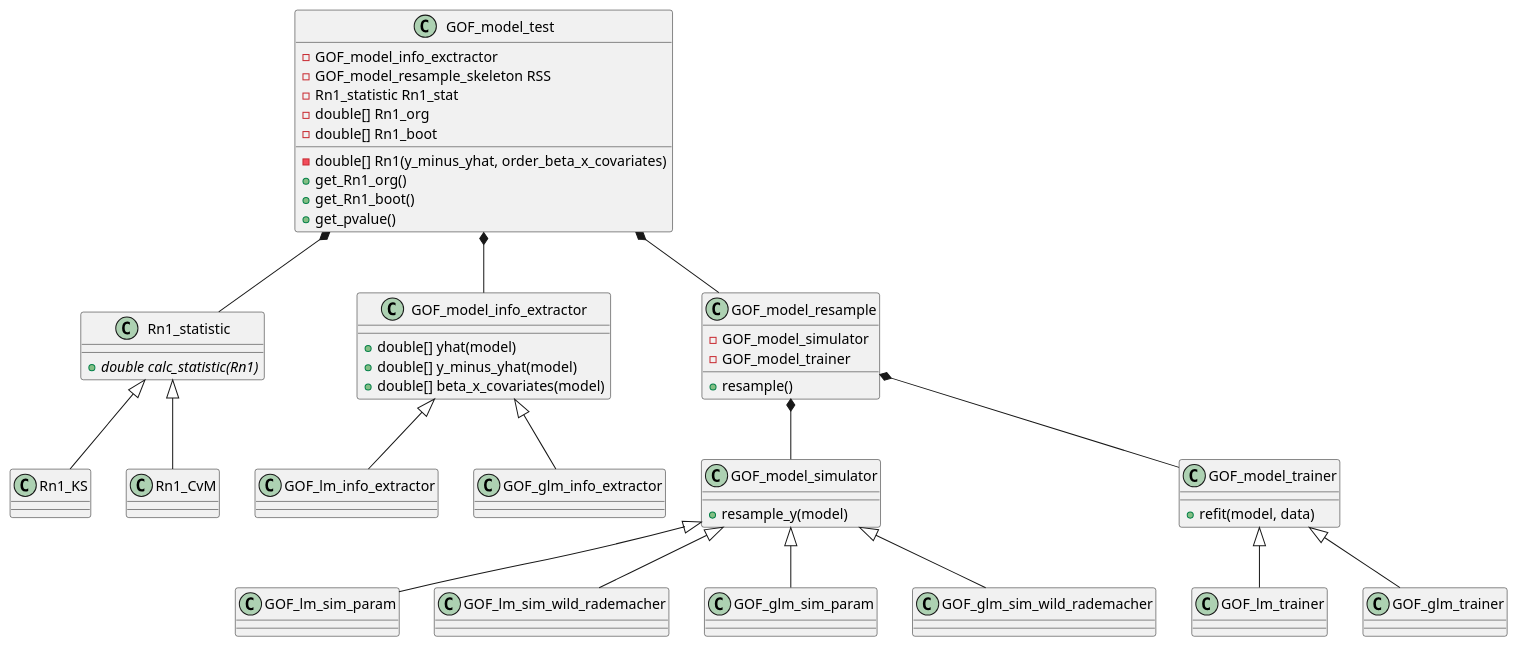
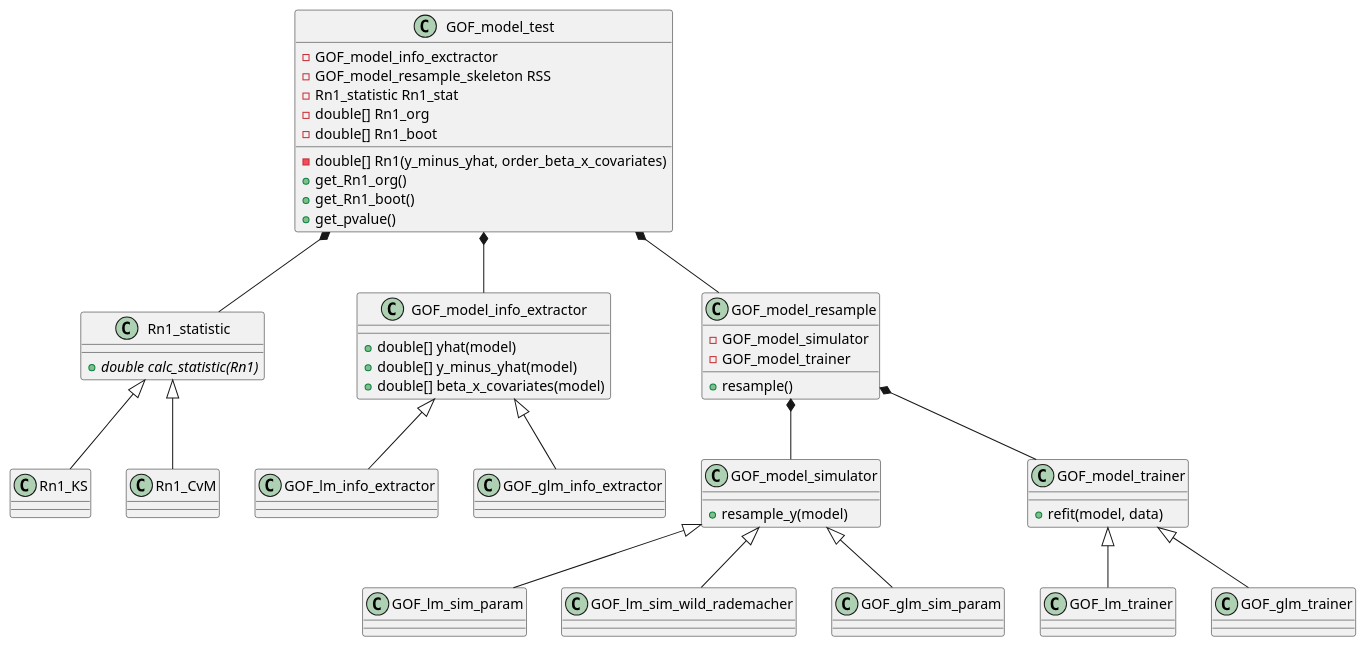
The diagram in design.plantuml (MarselScheer/bootGOF), drawn with PlantUML before and after one commit. The commit also changed 4 other files, not shown here.

```diff
--- a/design.plantuml
+++ b/design.plantuml
@@ -1,47 +1,46 @@
 @startuml
 class Rn1_statistic {
     + {abstract} double calc_statistic(Rn1)
 }
 Rn1_statistic <|-- Rn1_KS
 Rn1_statistic <|-- Rn1_CvM
 class GOF_model_simulator {
     + resample_y(model)
 }
 GOF_model_simulator <|-- GOF_lm_sim_param
 GOF_model_simulator <|-- GOF_lm_sim_wild_rademacher
 GOF_model_simulator <|-- GOF_glm_sim_param
-GOF_model_simulator <|-- GOF_glm_sim_wild_rademacher
 class GOF_model_trainer {
     + refit(model, data)
 }
 GOF_model_trainer <|-- GOF_lm_trainer
 GOF_model_trainer <|-- GOF_glm_trainer
 class GOF_model_info_extractor {
     + double[] yhat(model)
     + double[] y_minus_yhat(model)
     + double[] beta_x_covariates(model)
 }
 GOF_model_info_extractor <|-- GOF_lm_info_extractor
 GOF_model_info_extractor <|-- GOF_glm_info_extractor
 class GOF_model_resample {
     - GOF_model_simulator
     - GOF_model_trainer
     + resample()
 }
 GOF_model_resample *-- GOF_model_simulator
 GOF_model_resample *-- GOF_model_trainer
 class GOF_model_test {
     - GOF_model_info_exctractor
     - GOF_model_resample_skeleton RSS
     - Rn1_statistic Rn1_stat
     - double[] Rn1_org
     - double[] Rn1_boot
     - double[] Rn1(y_minus_yhat, order_beta_x_covariates)
     + get_Rn1_org()
     + get_Rn1_boot()
     + get_pvalue()
 }
 GOF_model_test *-- GOF_model_info_extractor
 GOF_model_test *-- GOF_model_resample
 GOF_model_test *-- Rn1_statistic
 @enduml
```
